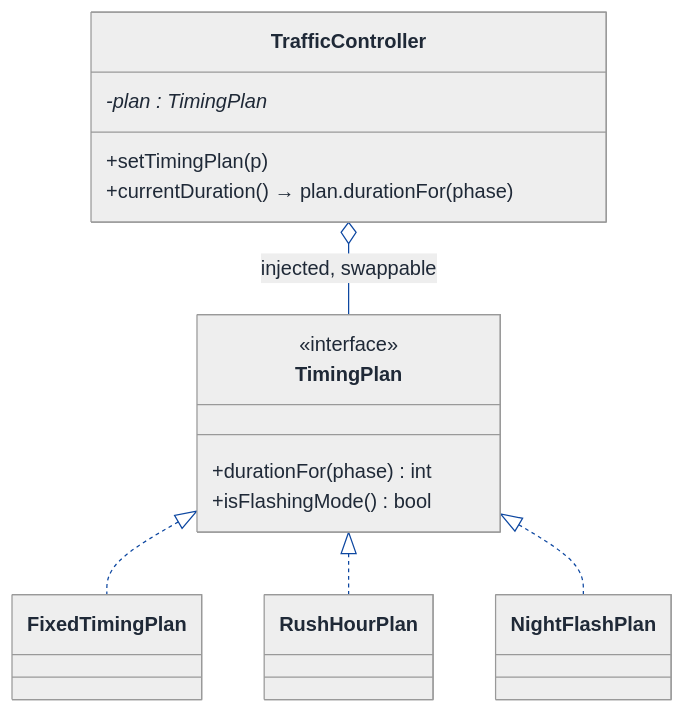
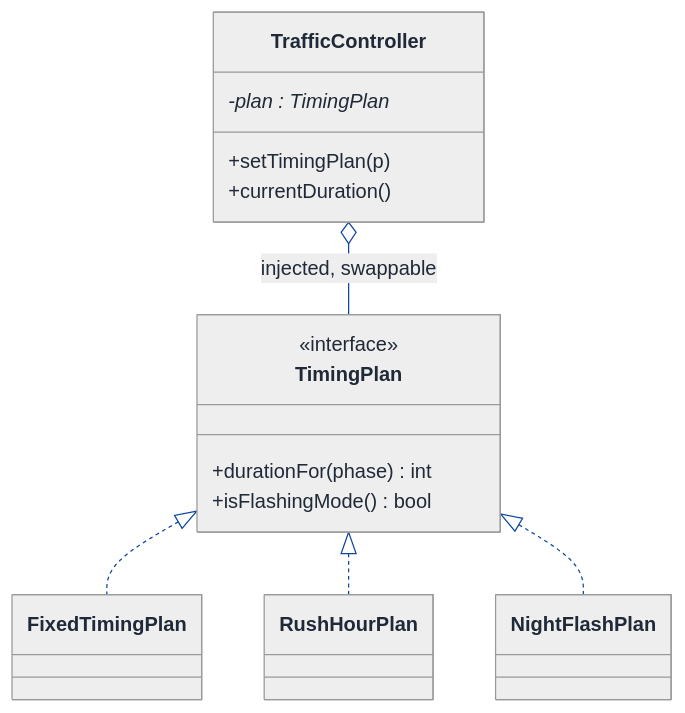
One commit to Prateek-5/question-bank changed the fourth of 8 diagrams in LLD/Topics/State_Pattern/Traffic_Signal_Control.md. Above: the diagram before and after it, drawn with Mermaid. The commit also changed other lines of this file and 61 other files, not shown here.

First line of the commit message:
Fix invalid mermaid classDiagram member syntax across LLD walkthroughs

````diff
--- a/LLD/Topics/State_Pattern/Traffic_Signal_Control.md
+++ b/LLD/Topics/State_Pattern/Traffic_Signal_Control.md
@@ -706,53 +706,53 @@
 ```mermaid
 ---
 config:
   theme: neutral
   themeVariables:
     background: '#ffffff'
     primaryColor: '#cfe2ff'
     primaryTextColor: '#1f2937'
     primaryBorderColor: '#084298'
     secondaryColor: '#fff3cd'
     secondaryTextColor: '#1f2937'
     secondaryBorderColor: '#664d03'
     tertiaryColor: '#d1e7dd'
     tertiaryTextColor: '#1f2937'
     tertiaryBorderColor: '#0a3622'
     lineColor: '#0d47a1'
     textColor: '#1f2937'
     noteBkgColor: '#fff3cd'
     noteTextColor: '#1f2937'
     noteBorderColor: '#997404'
     actorBkg: '#cfe2ff'
     actorBorder: '#084298'
     actorTextColor: '#1f2937'
     signalColor: '#0d47a1'
     signalTextColor: '#1f2937'
     labelBoxBkgColor: '#ffffff'
     labelBoxBorderColor: '#d3d3d3'
     labelTextColor: '#1f2937'
     edgeLabelBackground: '#ffffff'
     labelBackground: '#ffffff'
     classText: '#1f2937'
     fontFamily: 'system-ui, -apple-system, Segoe UI, Helvetica, Arial, sans-serif'
 ---
 classDiagram
   direction TB
   class TrafficController {
     -plan : TimingPlan*
     +setTimingPlan(p)
-    +currentDuration() → plan.durationFor(phase)
+    +currentDuration()
   }
   class TimingPlan {
     <<interface>>
     +durationFor(phase) int
     +isFlashingMode() bool
   }
   class FixedTimingPlan
   class RushHourPlan
   class NightFlashPlan
   TrafficController o-- TimingPlan : injected, swappable
   TimingPlan <|.. FixedTimingPlan
   TimingPlan <|.. RushHourPlan
   TimingPlan <|.. NightFlashPlan
 ```
````
